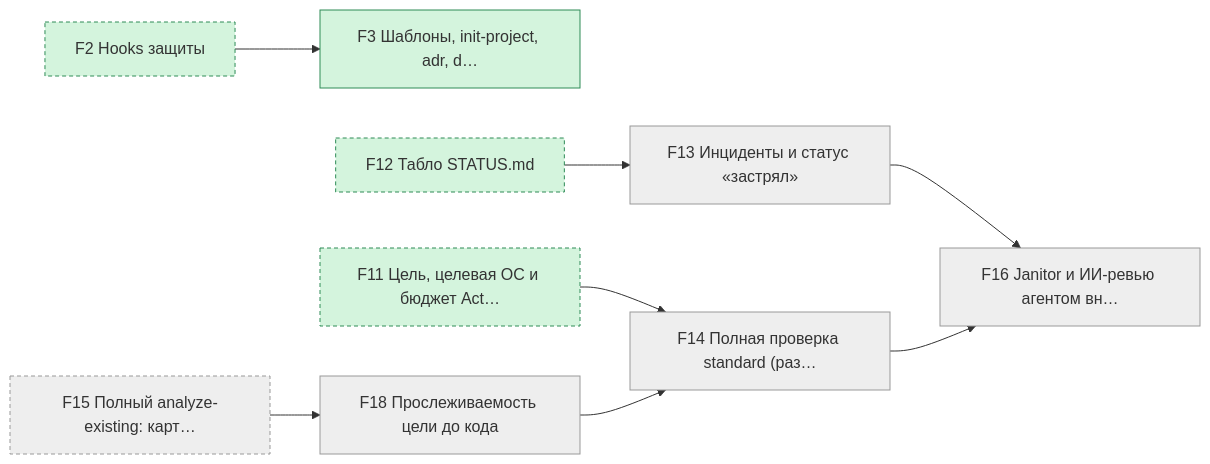
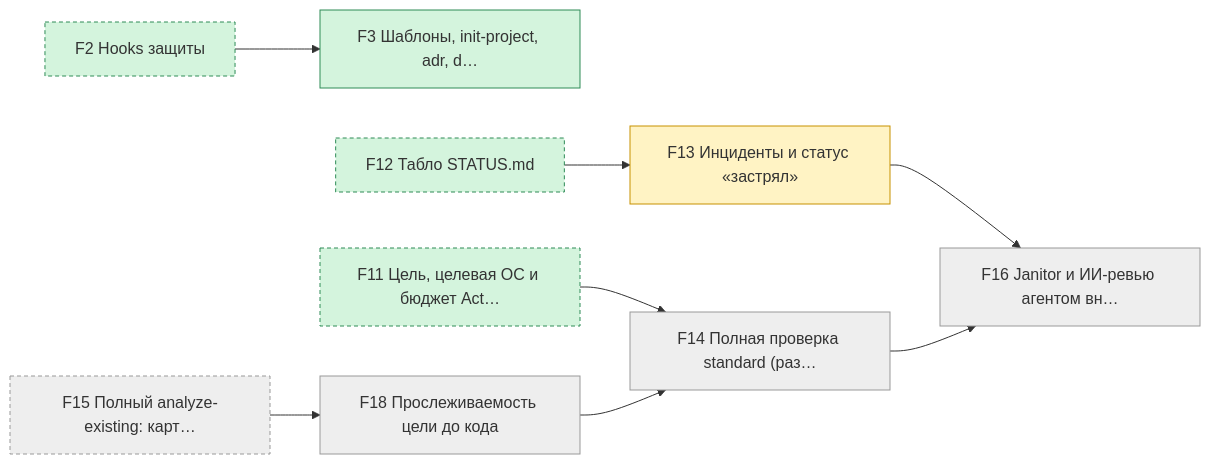
Before and after one commit to pete-doc/project-architect: the sixth of 6 diagrams in state/STATUS.md, drawn with Mermaid. The commit also changed other lines of this file and 2 other files, not shown here.

````diff
--- a/state/STATUS.md
+++ b/state/STATUS.md
@@ -147,27 +149,28 @@
 ```mermaid
 graph LR
   F3["F3 Шаблоны, init-project, adr, d…"]
   F13["F13 Инциденты и статус «застрял»"]
   F14["F14 Полная проверка standard (раз…"]
   F16["F16 Janitor и ИИ-ревью агентом вн…"]
   F18["F18 Прослеживаемость цели до кода"]
   F2["F2 Hooks защиты"]
   F12["F12 Табло STATUS.md"]
   F11["F11 Цель, целевая ОС и бюджет Act…"]
   F15["F15 Полный analyze-existing: карт…"]
   F2 --> F3
   F12 --> F13
   F11 --> F14
   F18 --> F14
   F13 --> F16
   F14 --> F16
   F15 --> F18
   classDef done fill:#d4f4dd,stroke:#2e8b57
   classDef work fill:#fff3c4,stroke:#c79100
   classDef blocked fill:#ffd6d6,stroke:#c0392b
   classDef later fill:#eeeeee,stroke:#999999
   classDef outside stroke-dasharray: 4 3
   class F3,F2,F12,F11 done
-  class F13,F14,F16,F18,F15 later
+  class F13 work
+  class F14,F16,F18,F15 later
   class F2,F12,F11,F15 outside
 ```
````
